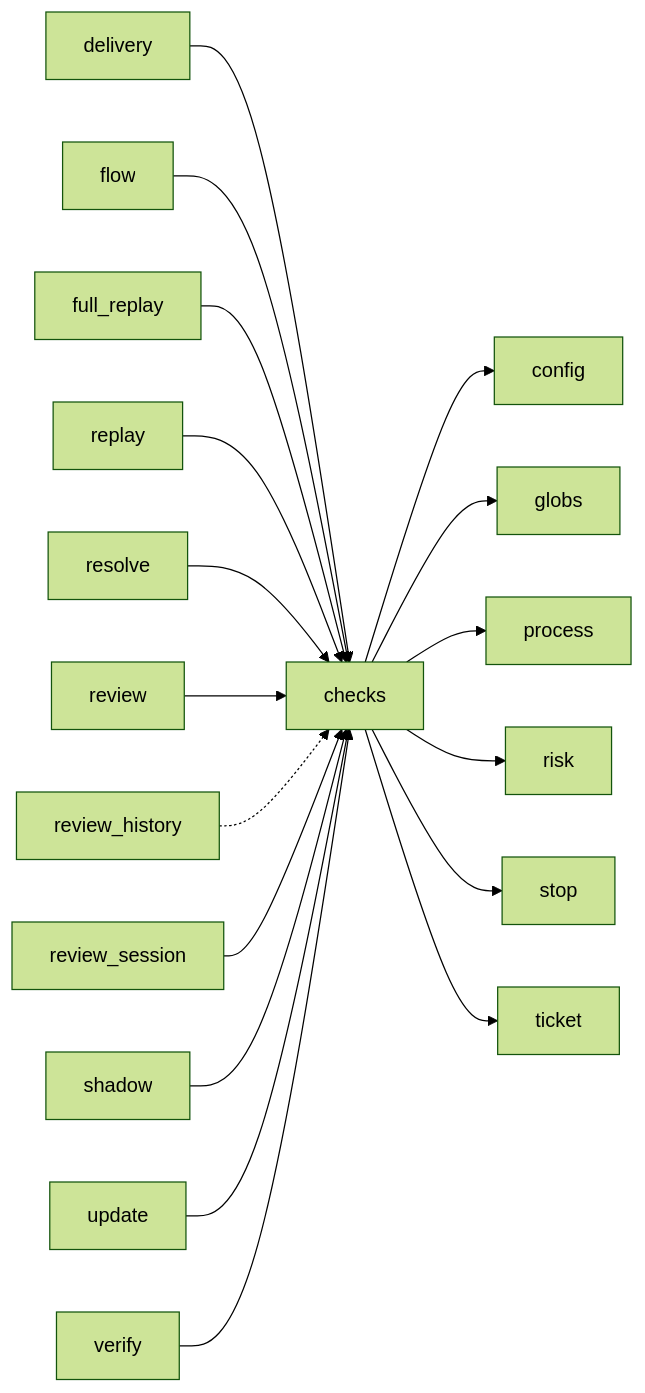
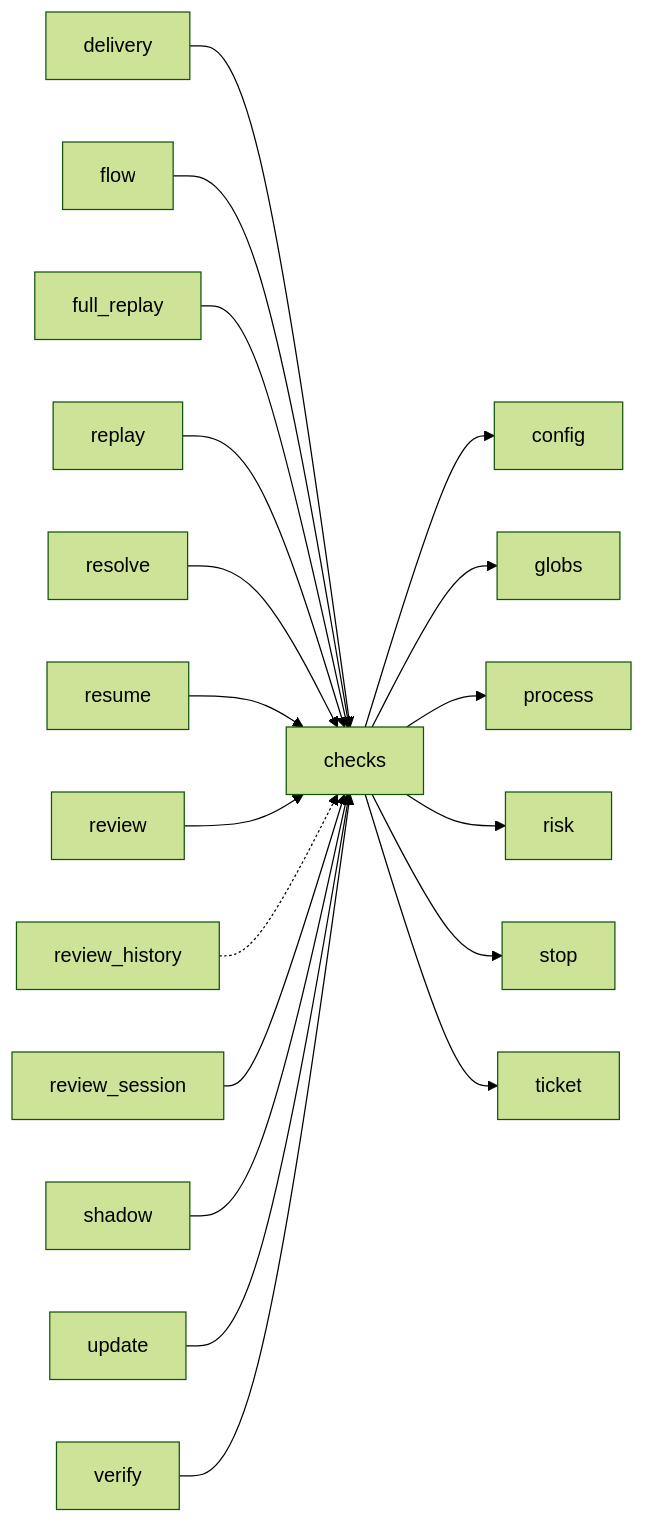
Before and after one commit to plaplanche/ariane: the third of 3 diagrams in docs/architecture/modules/checks.md, drawn with Mermaid (forest theme). The commit also changed 43 other files, not shown here.

````diff
--- a/docs/architecture/modules/checks.md
+++ b/docs/architecture/modules/checks.md
@@ -105,20 +105,21 @@
 ```mermaid
 flowchart LR
   checks --> config
   checks --> globs
   checks --> process
   checks --> risk
   checks --> stop
   checks --> ticket
   delivery --> checks
   flow --> checks
   full_replay --> checks
   replay --> checks
   resolve --> checks
+  resume --> checks
   review --> checks
   review_history -.-> checks
   review_session --> checks
   shadow --> checks
   update --> checks
   verify --> checks
 ```
````
